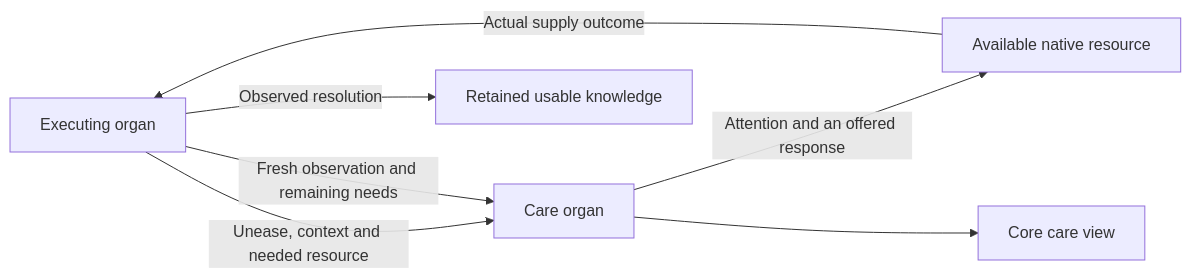
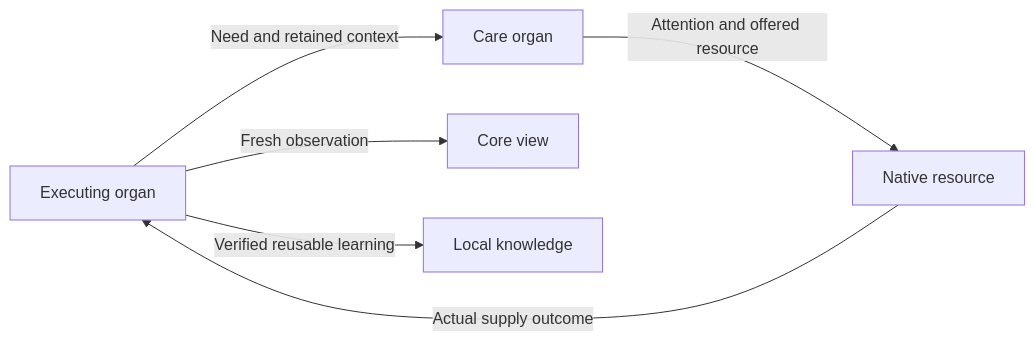
Before and after one commit to seeker71/coherence-kernel: the diagram in docs/fkwu-form-native-north-star.md, drawn with Mermaid. The commit also changed other lines of this file and 27 other files, not shown here.

````diff
--- a/docs/fkwu-form-native-north-star.md
+++ b/docs/fkwu-form-native-north-star.md
@@ -45,9 +46,8 @@
 ```mermaid
 flowchart LR
-  O[Executing organ] -->|Unease, context and needed resource| A[Care organ]
-  A -->|Attention and an offered response| N[Available native resource]
-  N -->|Actual supply outcome| O
-  O -->|Fresh observation and remaining needs| A
-  A --> V[Core care view]
-  O -->|Observed resolution| K[Retained usable knowledge]
+  O[Executing organ] -->|Need and retained context| C[Care organ]
+  C -->|Attention and offered resource| R[Native resource]
+  R -->|Actual supply outcome| O
+  O -->|Fresh observation| V[Core view]
+  O -->|Verified reusable learning| K[Local knowledge]
 ```
````
